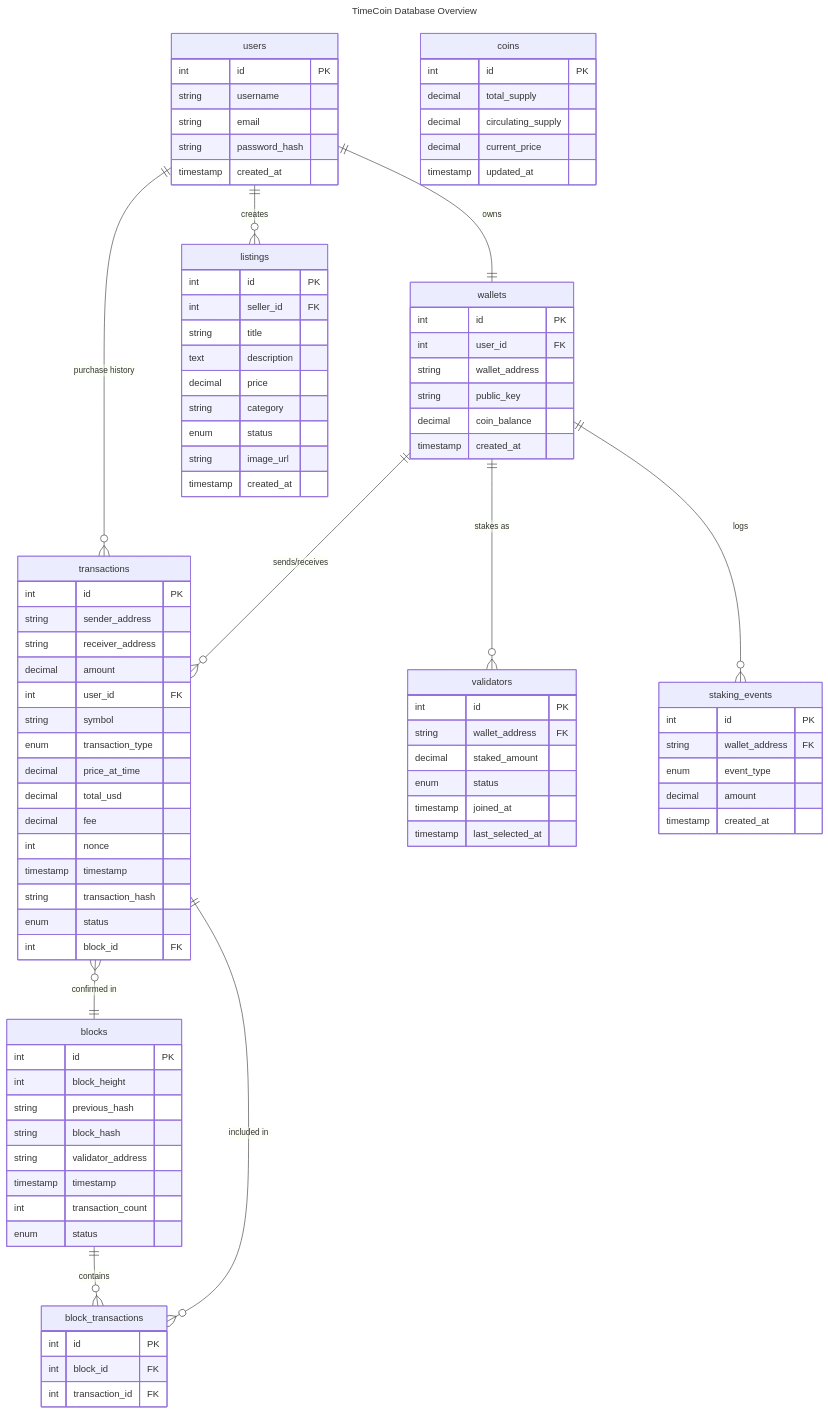
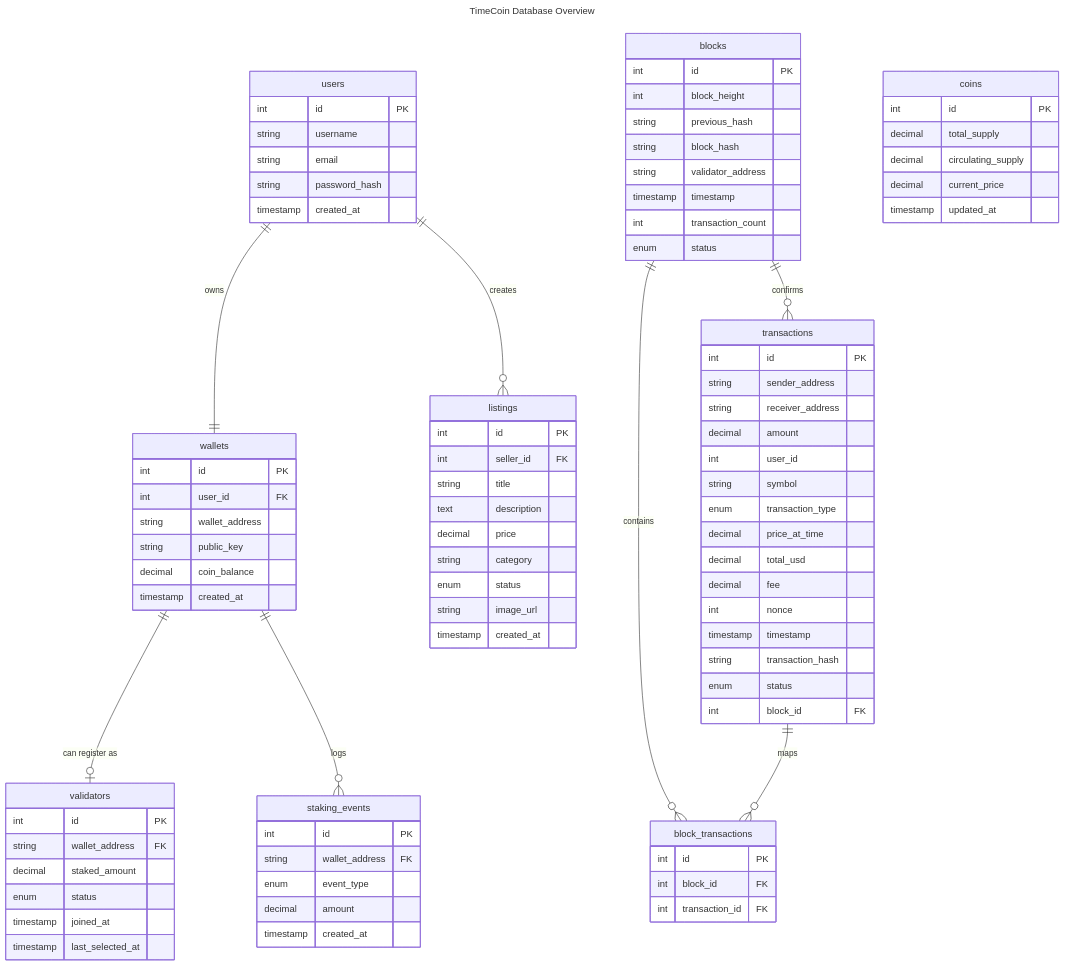
Before and after one commit to Kshitij2004/TimeCoin-Project: the second of 6 diagrams in README.md, drawn with Mermaid.

Commit message:
updated ERD double check

```diff
--- a/README.md
+++ b/README.md
@@ -95,13 +95,12 @@
 erDiagram
     users ||--|| wallets : owns
     users ||--o{ listings : creates
-    users ||--o{ transactions : "purchase history"
-    wallets ||--o{ transactions : "sends/receives"
-    wallets ||--o{ validators : "stakes as"
-    wallets ||--o{ staking_events : "logs"
+    wallets ||--o| validators : "can register as"
+    wallets ||--o{ staking_events : logs
+    blocks ||--o{ transactions : confirms
+
     blocks ||--o{ block_transactions : contains
-    transactions ||--o{ block_transactions : "included in"
-    transactions }o--|| blocks : "confirmed in"
+    transactions ||--o{ block_transactions : maps
 
     users {
         int id PK
@@ -145,7 +144,7 @@
         string sender_address
         string receiver_address
         decimal amount
-        int user_id FK
+        int user_id
         string symbol
         enum transaction_type
         decimal price_at_time
```
